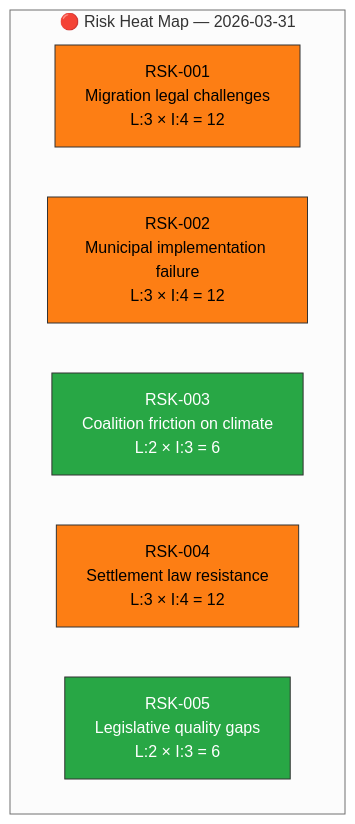
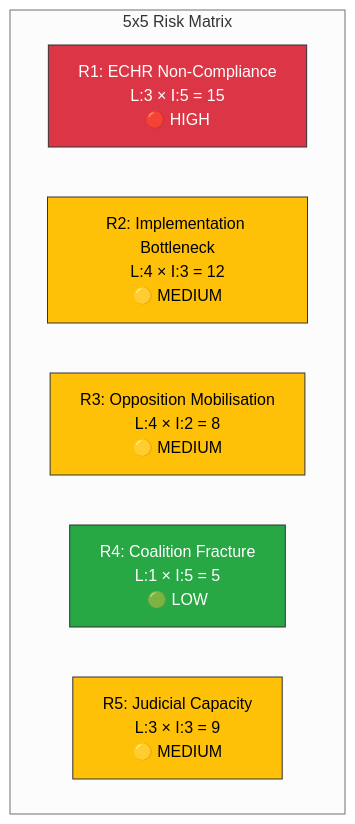
One commit to Hack23/riksdagsmonitor changed the diagram in analysis/daily/2026-03-31/risk-assessment.md. Above: the diagram before and after it, drawn with Mermaid (neutral theme). The commit also changed other lines of this file and 16 other files, not shown here.

````diff
--- a/analysis/daily/2026-03-31/risk-assessment.md
+++ b/analysis/daily/2026-03-31/risk-assessment.md
@@ -17,16 +18,15 @@
 ```mermaid
 graph TD
-    subgraph "🔴 Risk Heat Map — 2026-03-31"
-        R1["RSK-001<br/>Migration legal challenges<br/>L:3 × I:4 = 12"]
-        R2["RSK-002<br/>Municipal implementation failure<br/>L:3 × I:4 = 12"]
-        R3["RSK-003<br/>Coalition friction on climate<br/>L:2 × I:3 = 6"]
-        R4["RSK-004<br/>Settlement law resistance<br/>L:3 × I:4 = 12"]
-        R5["RSK-005<br/>Legislative quality gaps<br/>L:2 × I:3 = 6"]
+    subgraph "5x5 Risk Matrix"
+        R1["R1: ECHR Non-Compliance<br/>L:3 × I:5 = 15<br/>🔴 HIGH"]
+        R2["R2: Implementation Bottleneck<br/>L:4 × I:3 = 12<br/>🟡 MEDIUM"]
+        R3["R3: Opposition Mobilisation<br/>L:4 × I:2 = 8<br/>🟡 MEDIUM"]
+        R4["R4: Coalition Fracture<br/>L:1 × I:5 = 5<br/>🟢 LOW"]
+        R5["R5: Judicial Capacity<br/>L:3 × I:3 = 9<br/>🟡 MEDIUM"]
     end
-
-    style R1 fill:#fd7e14,stroke:#333,color:#000
-    style R2 fill:#fd7e14,stroke:#333,color:#000
-    style R3 fill:#28a745,stroke:#333,color:#fff
-    style R4 fill:#fd7e14,stroke:#333,color:#000
-    style R5 fill:#28a745,stroke:#333,color:#fff
+    style R1 fill:#dc3545,stroke:#333,color:#fff
+    style R2 fill:#ffc107,stroke:#333,color:#000
+    style R3 fill:#ffc107,stroke:#333,color:#000
+    style R4 fill:#28a745,stroke:#333,color:#fff
+    style R5 fill:#ffc107,stroke:#333,color:#000
 ```
````
